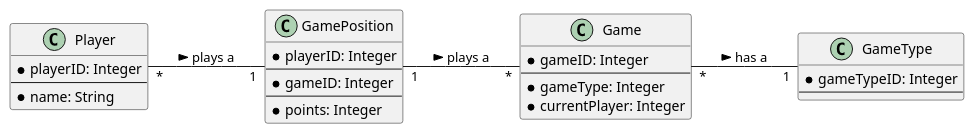
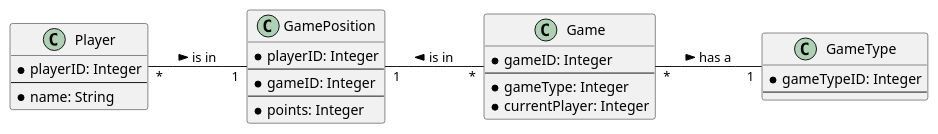
The diagram in asciidocs/classDiagram.adoc (2223-3bhif-syp/Dart-Scoring-App), drawn with PlantUML before and after one commit. The commit also changed 1 other file, not shown here.

Commit message:
Fixed relations in CLD

```diff
--- a/asciidocs/classDiagram.adoc
+++ b/asciidocs/classDiagram.adoc
@@ -1,35 +1,35 @@
 [plantuml, target=diagram-classes, format=png]
 ....
 left to right direction
 
 class GameType{
 * gameTypeID: Integer
 --
 }
 
 class Player{
 * playerID: Integer
 --
 * name: String
 }
 
 class Game{
 * gameID: Integer
 --
 * gameType: Integer
 * currentPlayer: Integer
 }
 
 class GamePosition{
 * playerID: Integer
 --
 * gameID: Integer
 --
 * points: Integer
 }
 
-Player "*"--"1" GamePosition : plays a >
-GamePosition "1"--"*" Game : plays a >
+Player "*"--"1" GamePosition : is in >
+GamePosition "1"--"*" Game : is in <
 Game "*"--"1" GameType : has a >
 
 ....
```
